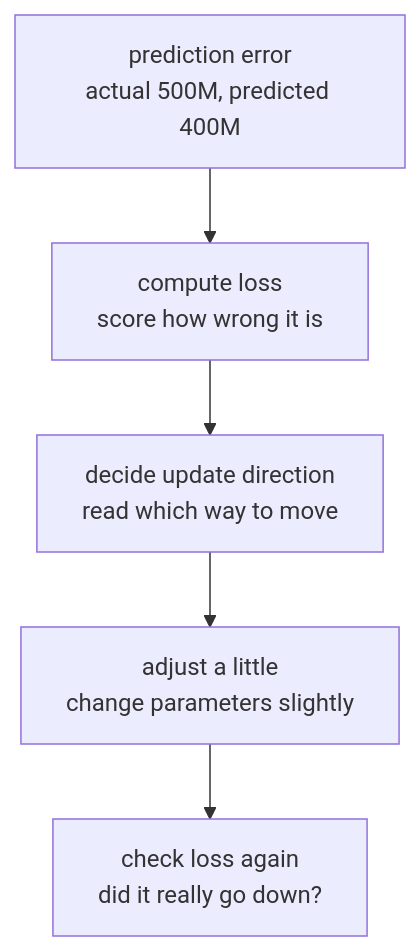
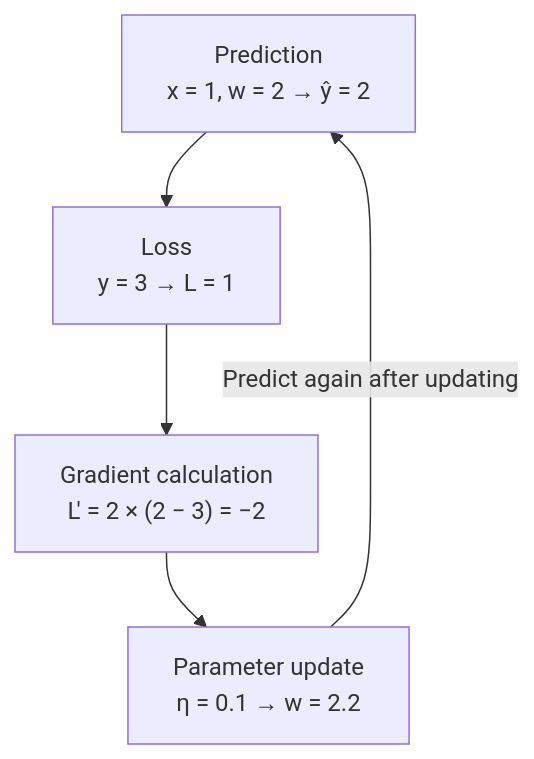
One commit to devchan64/AiBook changed the diagram in docs/assets/part-02/chapter-04/learning-adjustment-flow-en.mmd. Above: the diagram before and after it, drawn with Mermaid. The commit also changed 7 other files, not shown here.

```diff
--- a/docs/assets/part-02/chapter-04/learning-adjustment-flow-en.mmd
+++ b/docs/assets/part-02/chapter-04/learning-adjustment-flow-en.mmd
@@ -1,8 +1,7 @@
 flowchart TD
-  A["prediction error<br/>actual 500M, predicted 400M"]
-  B["compute loss<br/>score how wrong it is"]
-  C["decide update direction<br/>read which way to move"]
-  D["adjust a little<br/>change parameters slightly"]
-  E["check loss again<br/>did it really go down?"]
-
-  A --> B --> C --> D --> E
+  A["Prediction<br/>x = 1, w = 2 → ŷ = 2"]
+  B["Loss<br/>y = 3 → L = 1"]
+  C["Gradient calculation<br/>L′ = 2 × (2 − 3) = −2"]
+  D["Parameter update<br/>η = 0.1 → w = 2.2"]
+  A --> B --> C --> D
+  D -->|"Predict again after updating"| A
```
